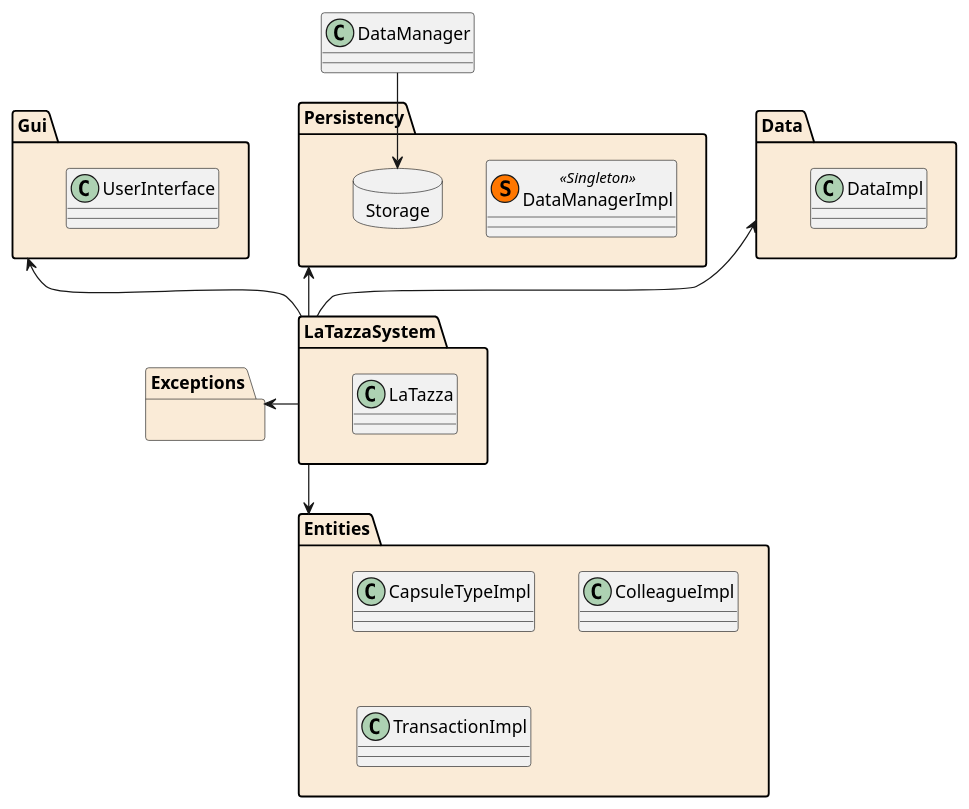
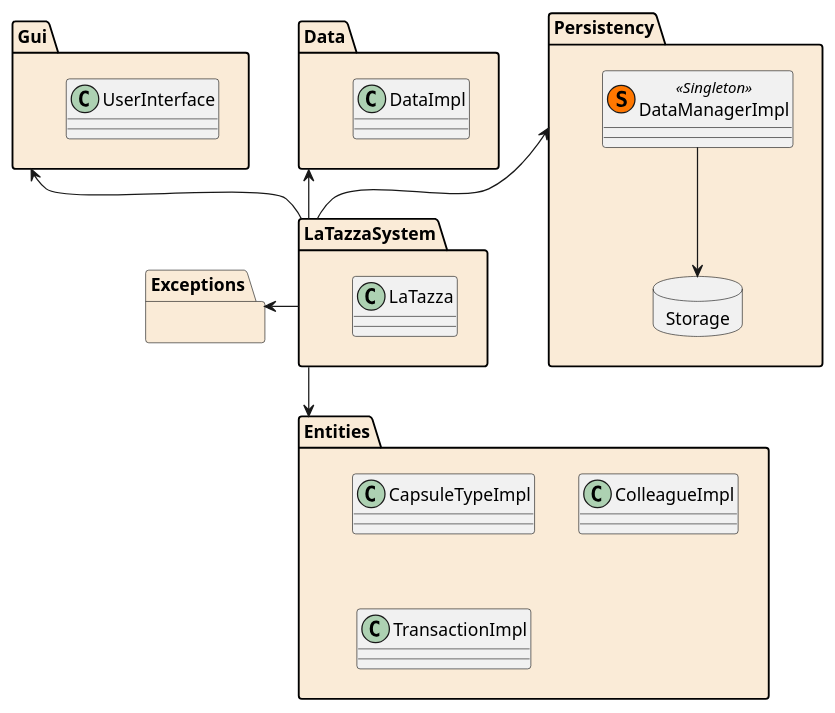
The first of 4 diagrams in DesignDocument.md (s41m0n/LaTazza), drawn with PlantUML before and after one commit.

Commit message:
Fixed Package Diagram

````diff
--- a/DesignDocument.md
+++ b/DesignDocument.md
@@ -18,39 +18,39 @@
 ``` plantuml
 @startuml
 skinparam PackageBackgroundColor AntiqueWhite
 
 package "Gui" {
   class UserInterface
 }
 
 package "LaTazzaSystem" {
   class LaTazza
 }
 
 package "Persistency" {
   class DataManagerImpl << (S,#FF7700) Singleton >>
   
   package "Storage" <<Database>> {
   }
 }
 
 package "Exceptions" {}
 
 package "Entities" {
   class CapsuleTypeImpl
   class ColleagueImpl
   class TransactionImpl
 }
 
 package "Data" {
   class DataImpl
 }
 
 Gui <-- LaTazzaSystem
 Data <-- LaTazzaSystem
 Exceptions <- LaTazzaSystem
 LaTazzaSystem --> Entities
 Persistency <-- LaTazzaSystem
-DataManager --> Storage
+DataManagerImpl --> Storage
 @enduml
 ```
````
